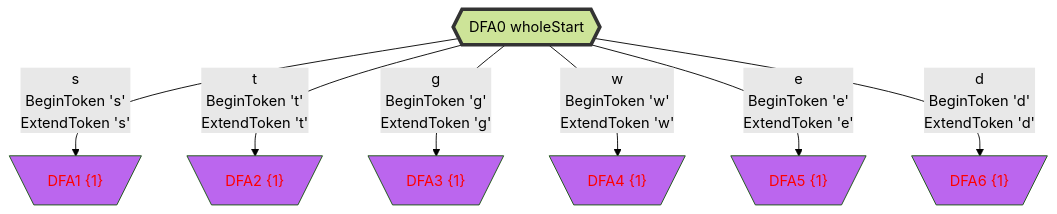
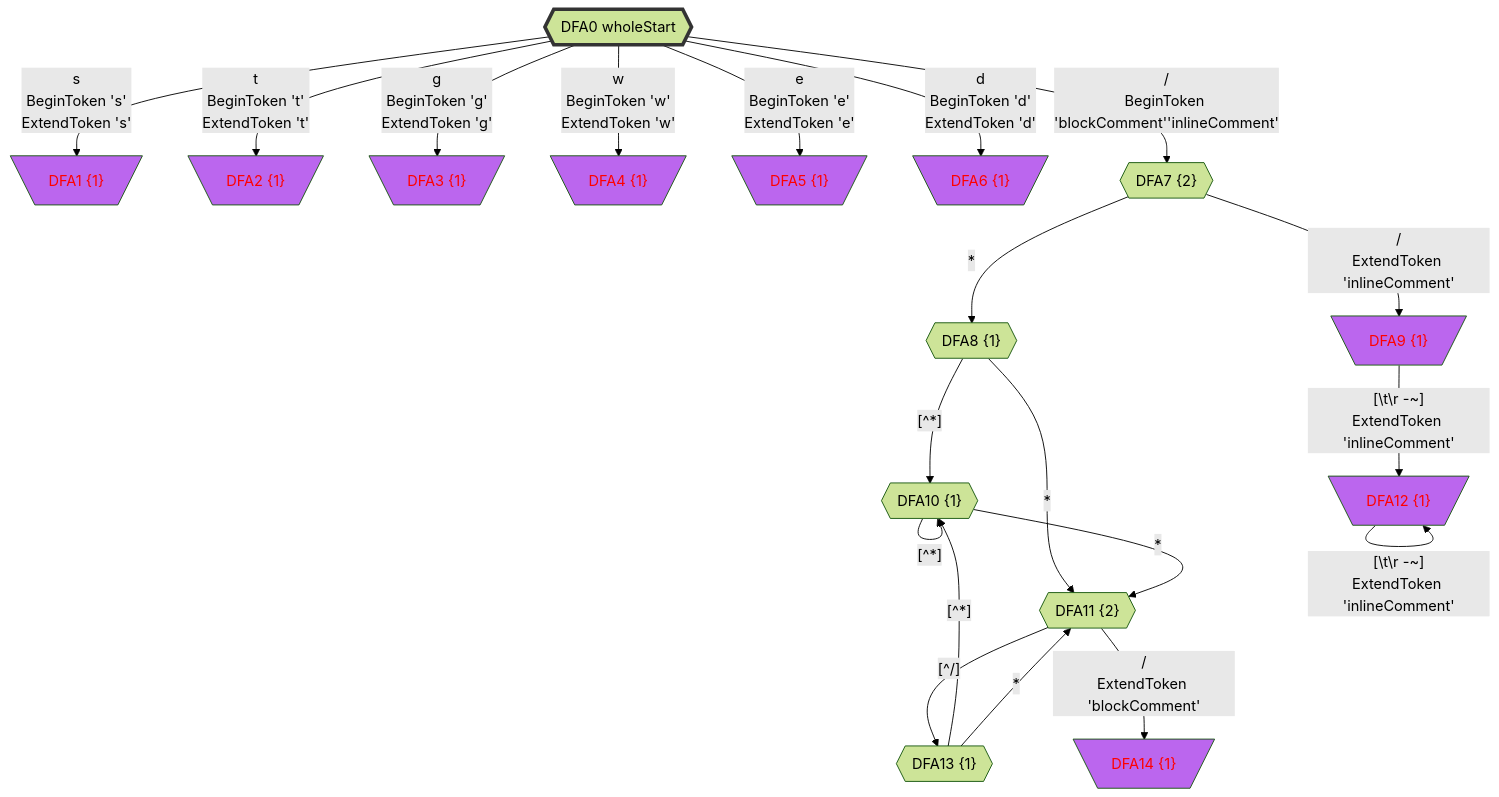
One commit to bitzhuwei/GrammarMentor changed the first of 5 diagrams in Practices/Practice.GeneratedXxxFormat.Test/GeneratedSES/doc/README-full.gen.md. Above: the diagram before and after it, drawn with Mermaid (forest theme). The commit also changed other lines of this file and 3868 other files, not shown here.

````diff
--- a/Practices/Practice.GeneratedXxxFormat.Test/GeneratedSES/doc/README-full.gen.md
+++ b/Practices/Practice.GeneratedXxxFormat.Test/GeneratedSES/doc/README-full.gen.md
@@ -22,51 +22,80 @@
 ```Mermaid
 flowchart
 classDef c0001 color:#FF0000;
 classDef c0010 stroke-dasharray: 10 10;
 classDef c0011 stroke-dasharray: 10 10,color:#FF0000;
 classDef c0100 fill:#BB66EE;
 classDef c0101 fill:#BB66EE,color:#FF0000;
 classDef c0110 fill:#BB66EE,stroke-dasharray: 10 10;
 classDef c0111 fill:#BB66EE,stroke-dasharray: 10 10,color:#FF0000;
 classDef c1000 stroke:#333,stroke-width:4px;
 classDef c1001 stroke:#333,stroke-width:4px,color:#FF0000;
 classDef c1010 stroke:#333,stroke-width:4px,stroke-dasharray: 10 10;
 classDef c1011 stroke:#333,stroke-width:4px,stroke-dasharray: 10 10,color:#FF0000;
 classDef c1100 stroke:#333,stroke-width:4px,fill:#BB66EE;
 classDef c1101 stroke:#333,stroke-width:4px,fill:#BB66EE,color:#FF0000;
 classDef c1110 stroke:#333,stroke-width:4px,fill:#BB66EE,stroke-dasharray: 10 10;
 classDef c1111 stroke:#333,stroke-width:4px,fill:#BB66EE,stroke-dasharray: 10 10,color:#FF0000;
-DFA0_1716080415{{"DFA0 wholeStart"}}
-class DFA0_1716080415 c1000;
-DFA1_-240143629[\"DFA1 {1}"/]
-class DFA1_-240143629 c0101;
-DFA2_301028278[\"DFA2 {1}"/]
-class DFA2_301028278 c0101;
-DFA3_-386939718[\"DFA3 {1}"/]
-class DFA3_-386939718 c0101;
-DFA4_-1306490502[\"DFA4 {1}"/]
-class DFA4_-1306490502 c0101;
-DFA5_-1787280378[\"DFA5 {1}"/]
-class DFA5_-1787280378 c0101;
-DFA6_-1886935679[\"DFA6 {1}"/]
-class DFA6_-1886935679 c0101;
-DFA0_1716080415 -->|"s
+DFA0_-1299054439{{"DFA0 wholeStart"}}
+class DFA0_-1299054439 c1000;
+DFA1_1055845689[\"DFA1 {1}"/]
+class DFA1_1055845689 c0101;
+DFA2_-1917490574[\"DFA2 {1}"/]
+class DFA2_-1917490574 c0101;
+DFA3_-701376295[\"DFA3 {1}"/]
+class DFA3_-701376295 c0101;
+DFA4_-681318700[\"DFA4 {1}"/]
+class DFA4_-681318700 c0101;
+DFA5_2051529573[\"DFA5 {1}"/]
+class DFA5_2051529573 c0101;
+DFA6_-1169595839[\"DFA6 {1}"/]
+class DFA6_-1169595839 c0101;
+DFA7_-670766500{{"DFA7 {2}"}}
+DFA8_1306797959{{"DFA8 {1}"}}
+DFA9_-1957368769[\"DFA9 {1}"/]
+class DFA9_-1957368769 c0101;
+DFA10_-167006945{{"DFA10 {1}"}}
+DFA11_1657803936{{"DFA11 {2}"}}
+DFA12_1950027080[\"DFA12 {1}"/]
+class DFA12_1950027080 c0101;
+DFA13_-1208762609{{"DFA13 {1}"}}
+DFA14_-560072739[\"DFA14 {1}"/]
+class DFA14_-560072739 c0101;
+DFA0_-1299054439 -->|"s
 BeginToken 's'
-ExtendToken 's'"|DFA1_-240143629
-DFA0_1716080415 -->|"t
+ExtendToken 's'"|DFA1_1055845689
+DFA0_-1299054439 -->|"t
 BeginToken 't'
-ExtendToken 't'"|DFA2_301028278
-DFA0_1716080415 -->|"g
+ExtendToken 't'"|DFA2_-1917490574
+DFA0_-1299054439 -->|"g
 BeginToken 'g'
-ExtendToken 'g'"|DFA3_-386939718
-DFA0_1716080415 -->|"w
+ExtendToken 'g'"|DFA3_-701376295
+DFA0_-1299054439 -->|"w
 BeginToken 'w'
-ExtendToken 'w'"|DFA4_-1306490502
-DFA0_1716080415 -->|"e
+ExtendToken 'w'"|DFA4_-681318700
+DFA0_-1299054439 -->|"e
 BeginToken 'e'
-ExtendToken 'e'"|DFA5_-1787280378
-DFA0_1716080415 -->|"d
+ExtendToken 'e'"|DFA5_2051529573
+DFA0_-1299054439 -->|"d
 BeginToken 'd'
-ExtendToken 'd'"|DFA6_-1886935679
+ExtendToken 'd'"|DFA6_-1169595839
+DFA0_-1299054439 -->|"/
+BeginToken 'blockComment''inlineComment'"|DFA7_-670766500
+DFA7_-670766500 -->|"*"|DFA8_1306797959
+DFA7_-670766500 -->|"/
+ExtendToken 'inlineComment'"|DFA9_-1957368769
+DFA8_1306797959 -->|"[^*]"|DFA10_-167006945
+DFA8_1306797959 -->|"*"|DFA11_1657803936
+DFA9_-1957368769 -->|"[#92;t#92;r#32;-~]
+ExtendToken 'inlineComment'"|DFA12_1950027080
+DFA10_-167006945 -->|"[^*]"|DFA10_-167006945
+DFA10_-167006945 -->|"*"|DFA11_1657803936
+DFA11_1657803936 -->|"[^/]"|DFA13_-1208762609
+DFA11_1657803936 -->|"/
+ExtendToken 'blockComment'"|DFA14_-560072739
+DFA12_1950027080 -->|"[#92;t#92;r#32;-~]
+ExtendToken 'inlineComment'"|DFA12_1950027080
+DFA13_-1208762609 -->|"[^*]"|DFA10_-167006945
+DFA13_-1208762609 -->|"*"|DFA11_1657803936
 
 ```
````
